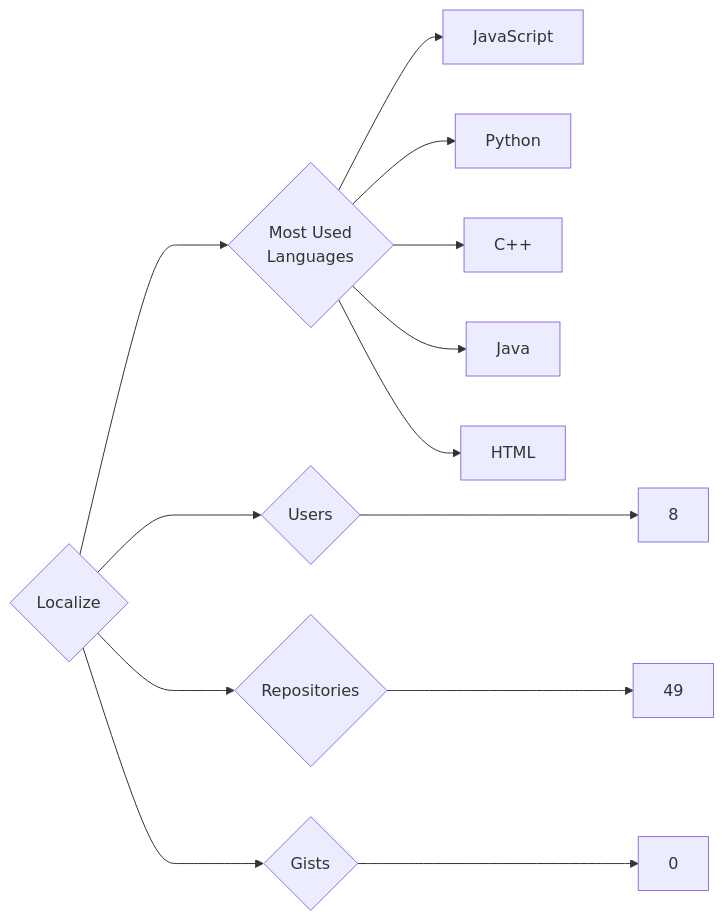
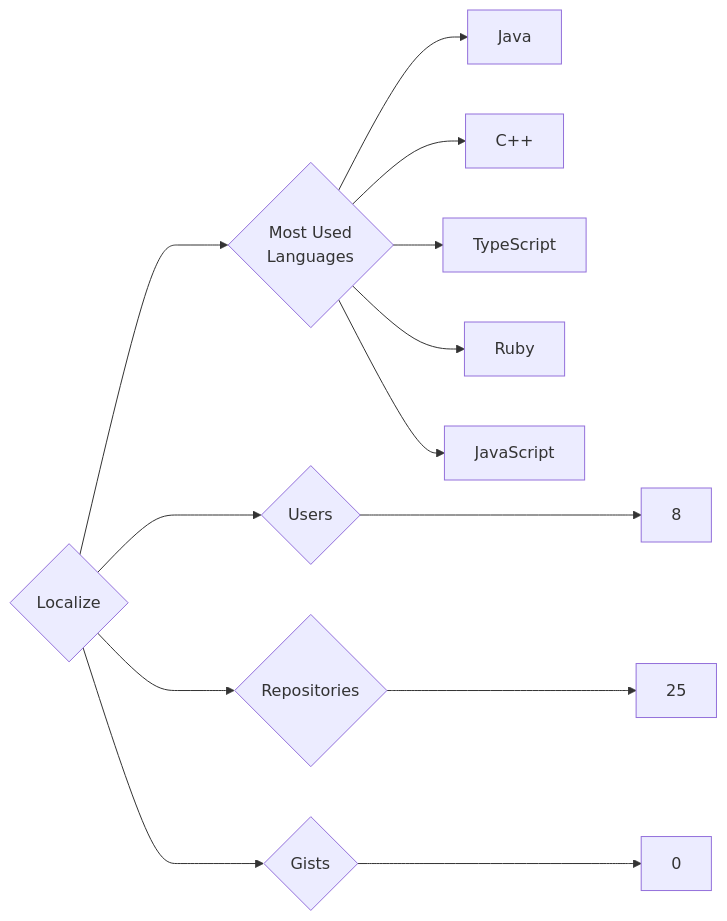
Before and after one commit to trickest/insiders: the diagram in targets/Localize/README.md, drawn with Mermaid. The commit also changed 984 other files, not shown here.

````diff
--- a/targets/Localize/README.md
+++ b/targets/Localize/README.md
@@ -3,13 +3,13 @@
 ```mermaid
 graph LR
 COMPANY_NAME{Localize}
 COMPANY_NAME ---> U{Users} ---> UN[8]
-COMPANY_NAME ---> R{Repositories} ---> RN[49]
+COMPANY_NAME ---> R{Repositories} ---> RN[25]
 COMPANY_NAME ---> G{Gists} ---> GN[0]
 COMPANY_NAME ---> ML{Most Used<br>Languages}
+ML --> Java[Java]
+ML --> C++[C++]
+ML --> TypeScript[TypeScript]
+ML --> Ruby[Ruby]
 ML --> JavaScript[JavaScript]
-ML --> Python[Python]
-ML --> C++[C++]
-ML --> Java[Java]
-ML --> HTML[HTML]
 ```
````
